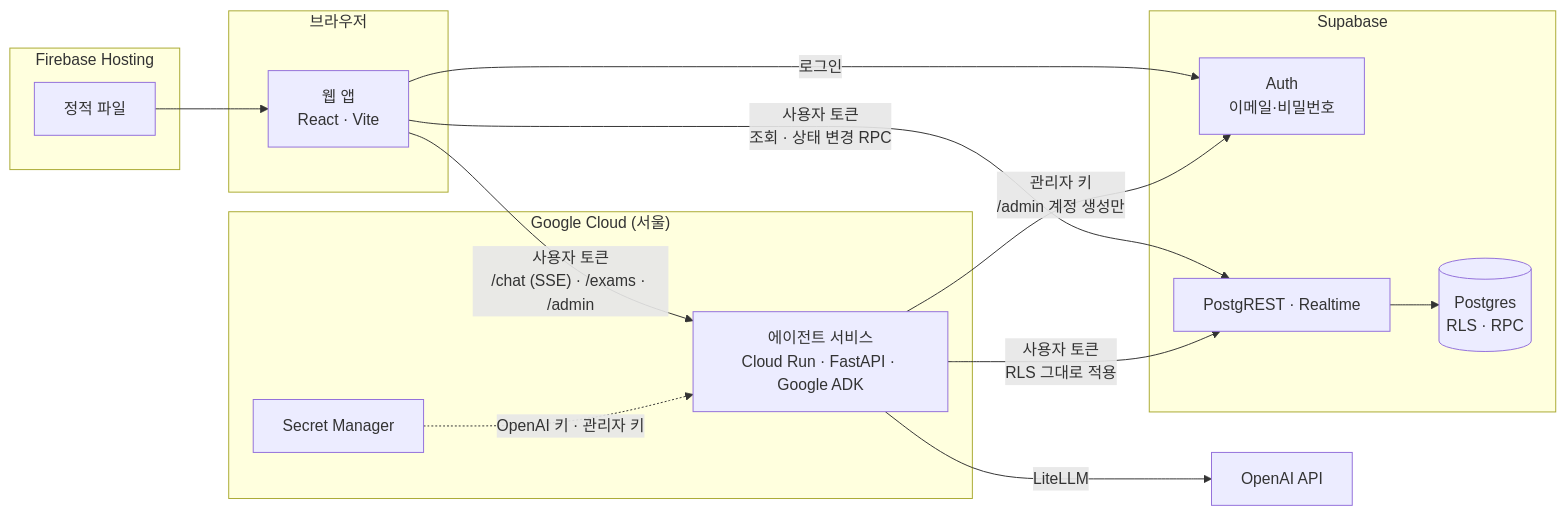
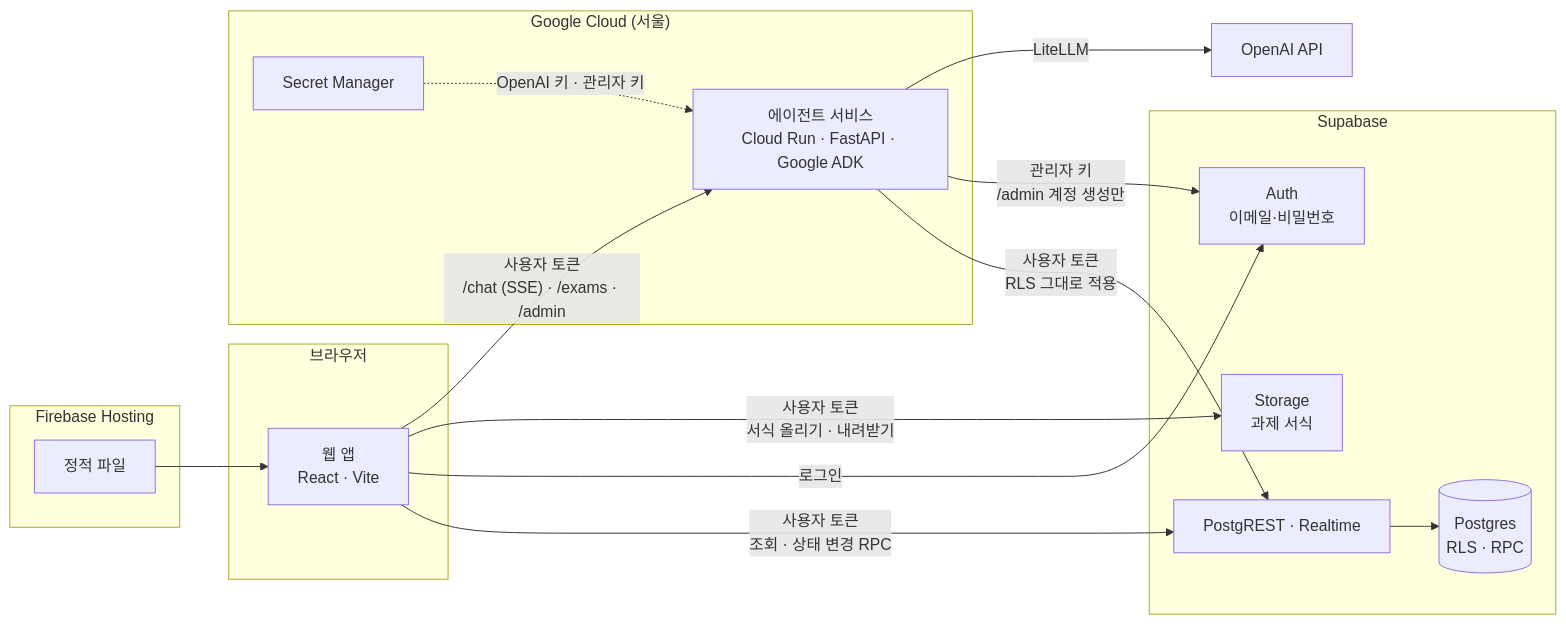
Before and after one commit to silvertae/onboarding-agent: the first of 4 diagrams in docs/architecture.md, drawn with Mermaid. The commit also changed other lines of this file and 14 other files, not shown here.

````diff
--- a/docs/architecture.md
+++ b/docs/architecture.md
@@ -13,29 +13,31 @@
 ```mermaid
 flowchart LR
     subgraph Client["브라우저"]
         Web["웹 앱<br/>React · Vite"]
     end
     subgraph Firebase["Firebase Hosting"]
         Static["정적 파일"]
     end
     subgraph Supabase["Supabase"]
         Auth["Auth<br/>이메일·비밀번호"]
         API["PostgREST · Realtime"]
         DB[("Postgres<br/>RLS · RPC")]
+        Storage["Storage<br/>과제 서식"]
     end
     subgraph GCP["Google Cloud (서울)"]
         Agent["에이전트 서비스<br/>Cloud Run · FastAPI · Google ADK"]
         Secrets["Secret Manager"]
     end
     LLM["OpenAI API"]
 
     Static --> Web
     Web -- "사용자 토큰<br/>조회 · 상태 변경 RPC" --> API
     Web -- "로그인" --> Auth
+    Web -- "사용자 토큰<br/>서식 올리기 · 내려받기" --> Storage
     Web -- "사용자 토큰<br/>/chat (SSE) · /exams · /admin" --> Agent
     Agent -- "사용자 토큰<br/>RLS 그대로 적용" --> API
     Agent -- "관리자 키<br/>/admin 계정 생성만" --> Auth
     Agent -- "LiteLLM" --> LLM
     Secrets -. "OpenAI 키 · 관리자 키" .-> Agent
     API --> DB
 ```
````
